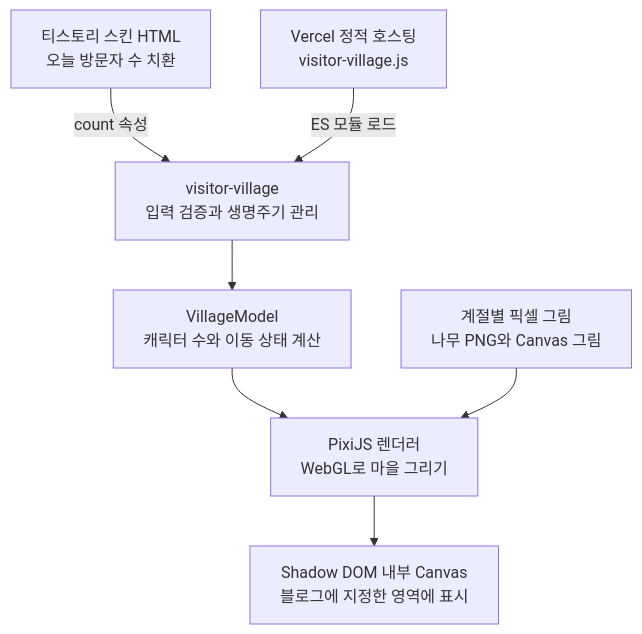
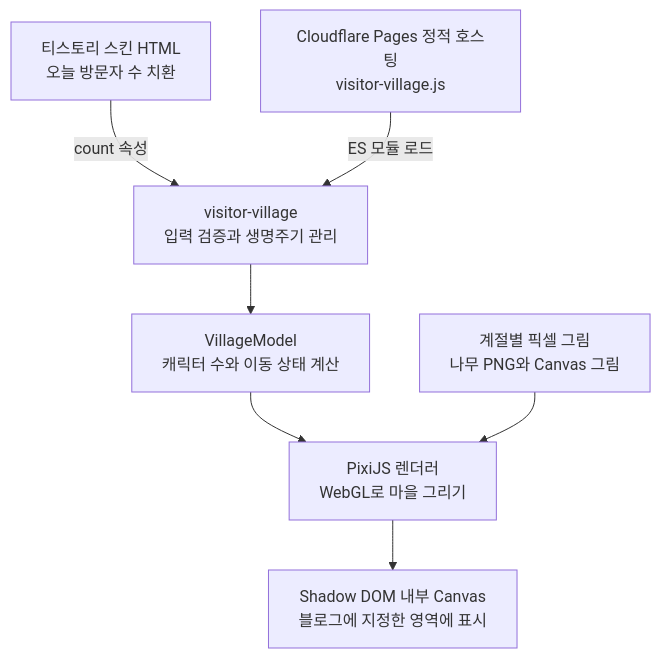
The diagram in README.md (hyunolike/pixel-visitor-village), drawn with Mermaid before and after one commit. The commit also changed other lines of this file and 13 other files, not shown here.

Commit message:
feat: migrate static hosting to Cloudflare Pages (#6)

````diff
--- a/README.md
+++ b/README.md
@@ -83,9 +83,9 @@
 ```mermaid
 flowchart TD
     T["티스토리 스킨 HTML<br/>오늘 방문자 수 치환"] -->|count 속성| W["visitor-village<br/>입력 검증과 생명주기 관리"]
-    V["Vercel 정적 호스팅<br/>visitor-village.js"] -->|ES 모듈 로드| W
+    V["Cloudflare Pages 정적 호스팅<br/>visitor-village.js"] -->|ES 모듈 로드| W
     W --> M["VillageModel<br/>캐릭터 수와 이동 상태 계산"]
     M --> R["PixiJS 렌더러<br/>WebGL로 마을 그리기"]
     A["계절별 픽셀 그림<br/>나무 PNG와 Canvas 그림"] --> R
     R --> C["Shadow DOM 내부 Canvas<br/>블로그에 지정한 영역에 표시"]
 ```
````
